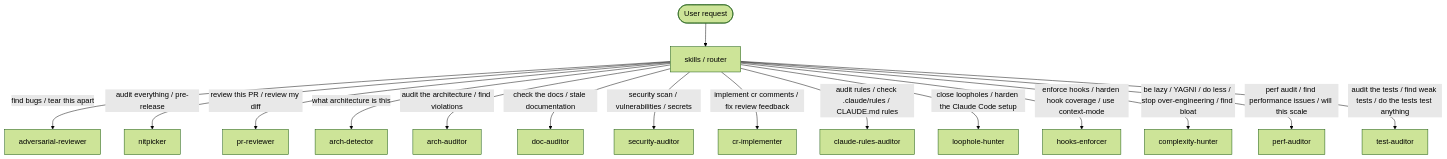
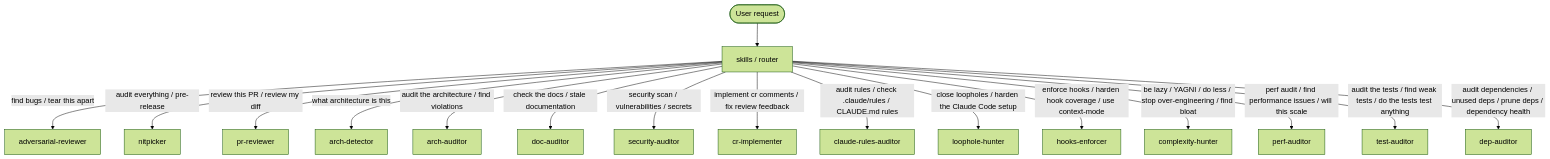
The fifth of 6 diagrams in .claude/skills/README.md (ivuorinen/skills), drawn with Mermaid (forest theme) before and after one commit. The commit also changed other lines of this file and 6 other files, not shown here.

First line of the commit message:
feat: add dep-auditor skill (#34)

````diff
--- a/.claude/skills/README.md
+++ b/.claude/skills/README.md
@@ -275,18 +282,19 @@
 ```mermaid
 flowchart TD
     U([User request]) --> R[skills / router]
     R -->|"find bugs / tear this apart"| AR[adversarial-reviewer]
     R -->|"audit everything / pre-release"| NP[nitpicker]
     R -->|"review this PR / review my diff"| PR[pr-reviewer]
     R -->|"what architecture is this"| AD[arch-detector]
     R -->|"audit the architecture / find violations"| AA[arch-auditor]
     R -->|"check the docs / stale documentation"| DA[doc-auditor]
     R -->|"security scan / vulnerabilities / secrets"| SA[security-auditor]
     R -->|"implement cr comments / fix review feedback"| CRI[cr-implementer]
     R -->|"audit rules / check .claude/rules / CLAUDE.md rules"| CRA[claude-rules-auditor]
     R -->|"close loopholes / harden the Claude Code setup"| LH[loophole-hunter]
     R -->|"enforce hooks / harden hook coverage / use context-mode"| HE[hooks-enforcer]
     R -->|"be lazy / YAGNI / do less / stop over-engineering / find bloat"| CH[complexity-hunter]
     R -->|"perf audit / find performance issues / will this scale"| PA[perf-auditor]
     R -->|"audit the tests / find weak tests / do the tests test anything"| TA[test-auditor]
+    R -->|"audit dependencies / unused deps / prune deps / dependency health"| DEP[dep-auditor]
 ```
````
